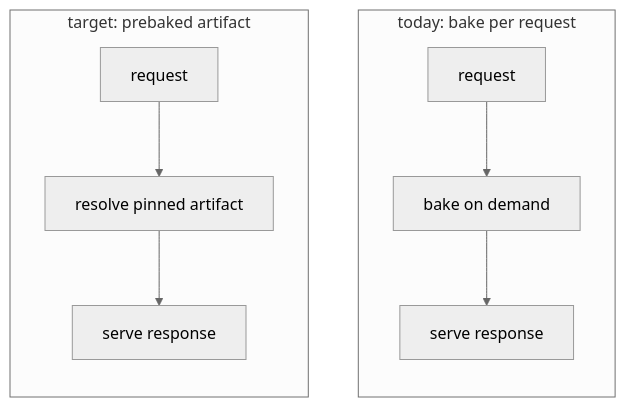
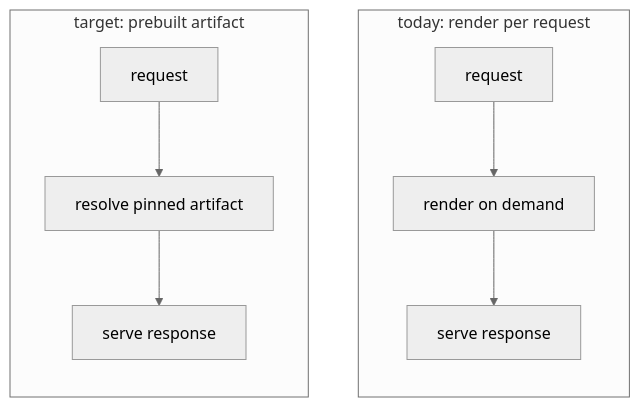
One commit to jonasferagen/agent-skills changed the tenth of 12 diagrams in skills/authoring/diagrams-and-tables/references/worked-examples.md. Above: the diagram before and after it, drawn with Mermaid (neutral theme). The commit also changed other lines of this file and 95 other files, not shown here.

````diff
--- a/skills/authoring/diagrams-and-tables/references/worked-examples.md
+++ b/skills/authoring/diagrams-and-tables/references/worked-examples.md
@@ -189,13 +190,13 @@
 ```mermaid
 flowchart TB
-  subgraph Before [today: bake per request]
+  subgraph Before [today: render per request]
     direction TB
-    B0["request"] --> B1["bake on demand"]
+    B0["request"] --> B1["render on demand"]
     B1 --> B2["serve response"]
   end
-  subgraph After [target: prebaked artifact]
+  subgraph After [target: prebuilt artifact]
     direction TB
     A0["request"] --> A1["resolve pinned artifact"]
     A1 --> A2["serve response"]
   end
 ```
````
